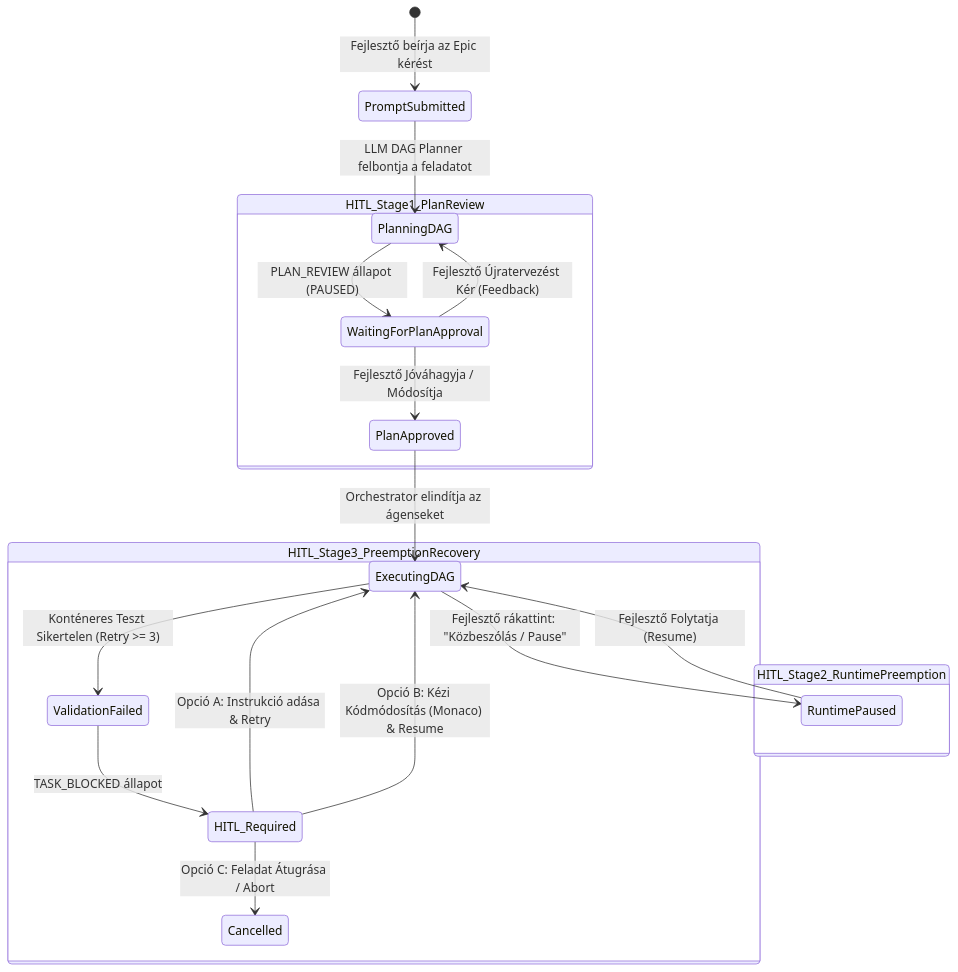
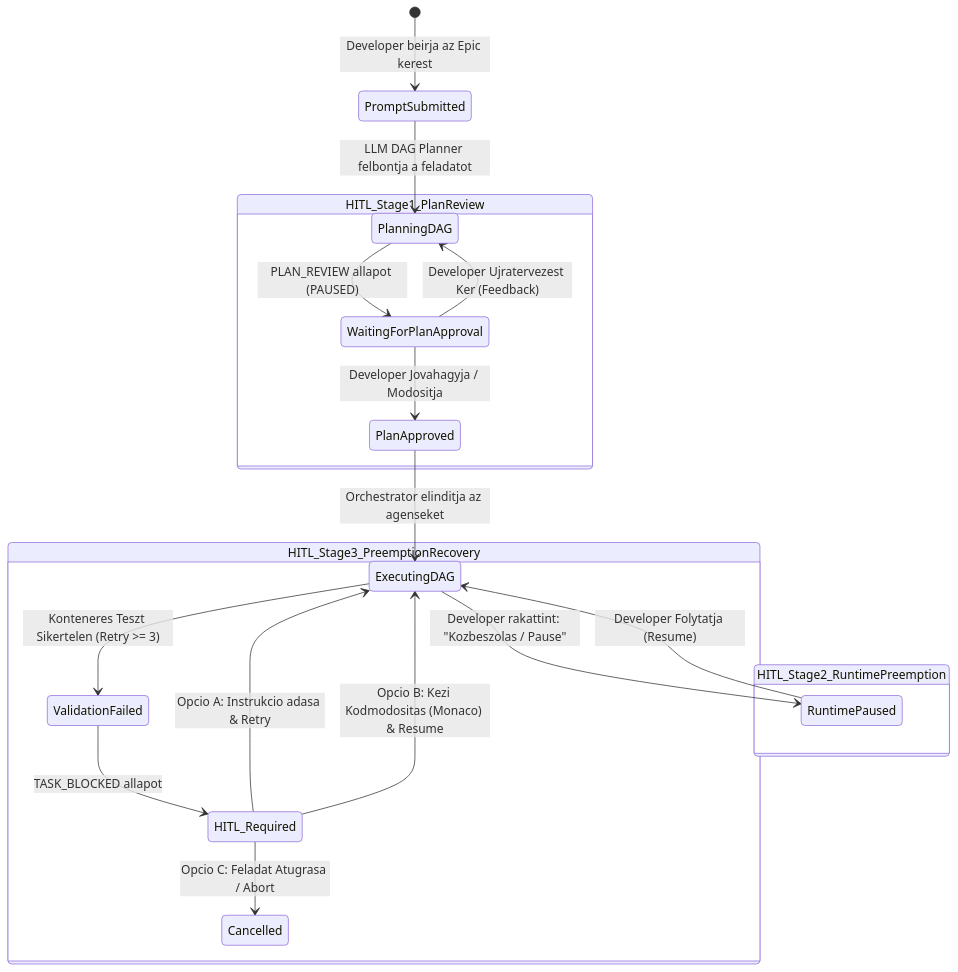
One commit to badzso-boop/ai-os changed the second of 2 diagrams in docs/12_GLASS_BOX_UI_AND_HITL_SPEC.md. Above: the diagram before and after it, drawn with Mermaid. The commit also changed other lines of this file and 21 other files, not shown here.

````diff
--- a/docs/12_GLASS_BOX_UI_AND_HITL_SPEC.md
+++ b/docs/12_GLASS_BOX_UI_AND_HITL_SPEC.md
@@ -36,27 +36,27 @@
 ```mermaid
 stateDiagram-v2
-    [*] --> PromptSubmitted: Fejlesztő beírja az Epic kérést
+    [*] --> PromptSubmitted: Developer beirja az Epic kerest
     PromptSubmitted --> PlanningDAG: LLM DAG Planner felbontja a feladatot
     
     state HITL_Stage1_PlanReview {
-        PlanningDAG --> WaitingForPlanApproval: PLAN_REVIEW állapot (PAUSED)
-        WaitingForPlanApproval --> PlanApproved: Fejlesztő Jóváhagyja / Módosítja
-        WaitingForPlanApproval --> PlanningDAG: Fejlesztő Újratervezést Kér (Feedback)
+        PlanningDAG --> WaitingForPlanApproval: PLAN_REVIEW allapot (PAUSED)
+        WaitingForPlanApproval --> PlanApproved: Developer Jovahagyja / Modositja
+        WaitingForPlanApproval --> PlanningDAG: Developer Ujratervezest Ker (Feedback)
     }
 
-    PlanApproved --> ExecutingDAG: Orchestrator elindítja az ágenseket
+    PlanApproved --> ExecutingDAG: Orchestrator elinditja az agenseket
     
     state HITL_Stage2_RuntimePreemption {
-        ExecutingDAG --> RuntimePaused: Fejlesztő rákattint: "Közbeszólás / Pause"
-        RuntimePaused --> ExecutingDAG: Fejlesztő Folytatja (Resume)
+        ExecutingDAG --> RuntimePaused: Developer rakattint: "Kozbeszolas / Pause"
+        RuntimePaused --> ExecutingDAG: Developer Folytatja (Resume)
     }
 
-    ExecutingDAG --> ValidationFailed: Konténeres Teszt Sikertelen (Retry >= 3)
+    ExecutingDAG --> ValidationFailed: Konteneres Teszt Sikertelen (Retry >= 3)
 
     state HITL_Stage3_PreemptionRecovery {
-        ValidationFailed --> HITL_Required: TASK_BLOCKED állapot
-        HITL_Required --> ExecutingDAG: Opció A: Instrukció adása & Retry
-        HITL_Required --> ExecutingDAG: Opció B: Kézi Kódmódosítás (Monaco) & Resume
-        HITL_Required --> Cancelled: Opció C: Feladat Átugrása / Abort
+        ValidationFailed --> HITL_Required: TASK_BLOCKED allapot
+        HITL_Required --> ExecutingDAG: Opcio A: Instrukcio adasa & Retry
+        HITL_Required --> ExecutingDAG: Opcio B: Kezi Kodmodositas (Monaco) & Resume
+        HITL_Required --> Cancelled: Opcio C: Feladat Atugrasa / Abort
     }
 ```
````
